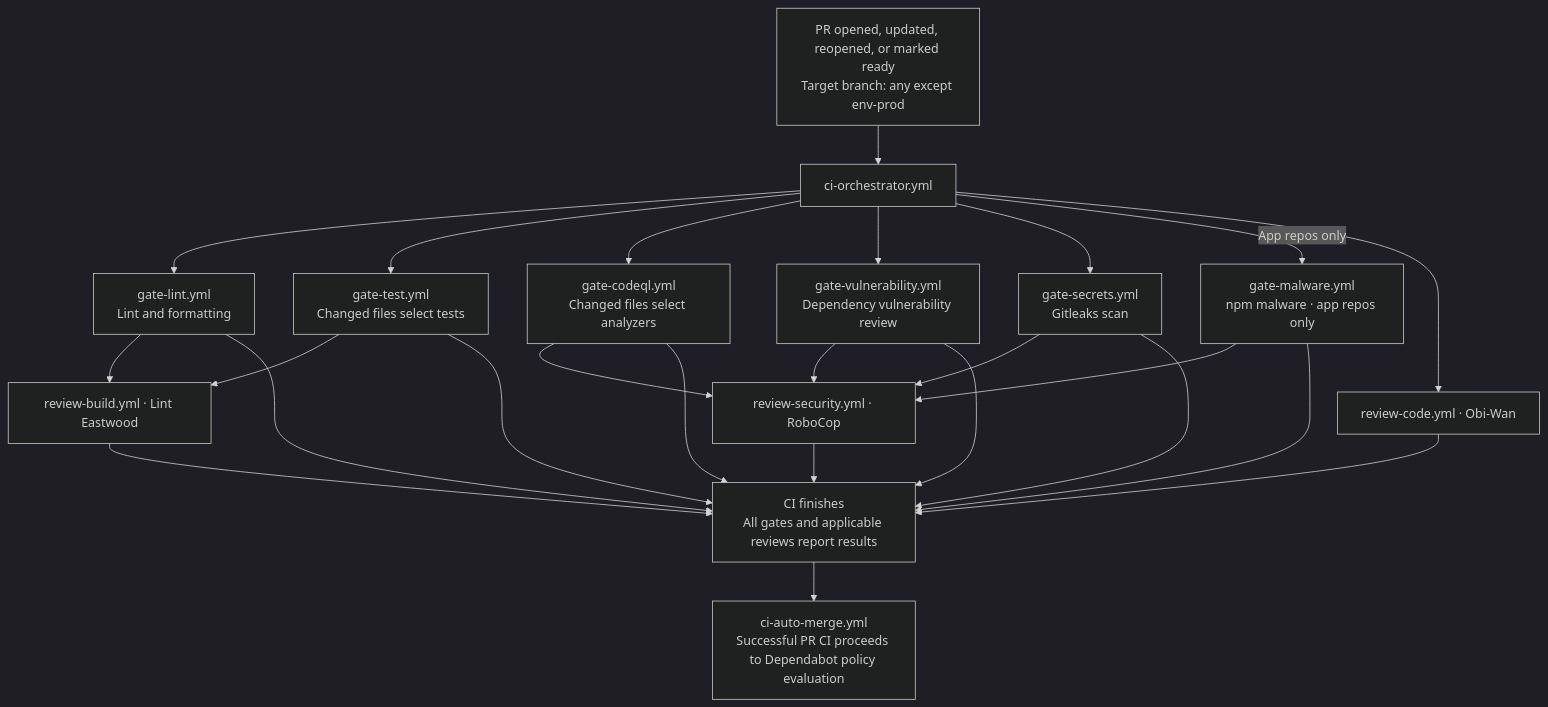
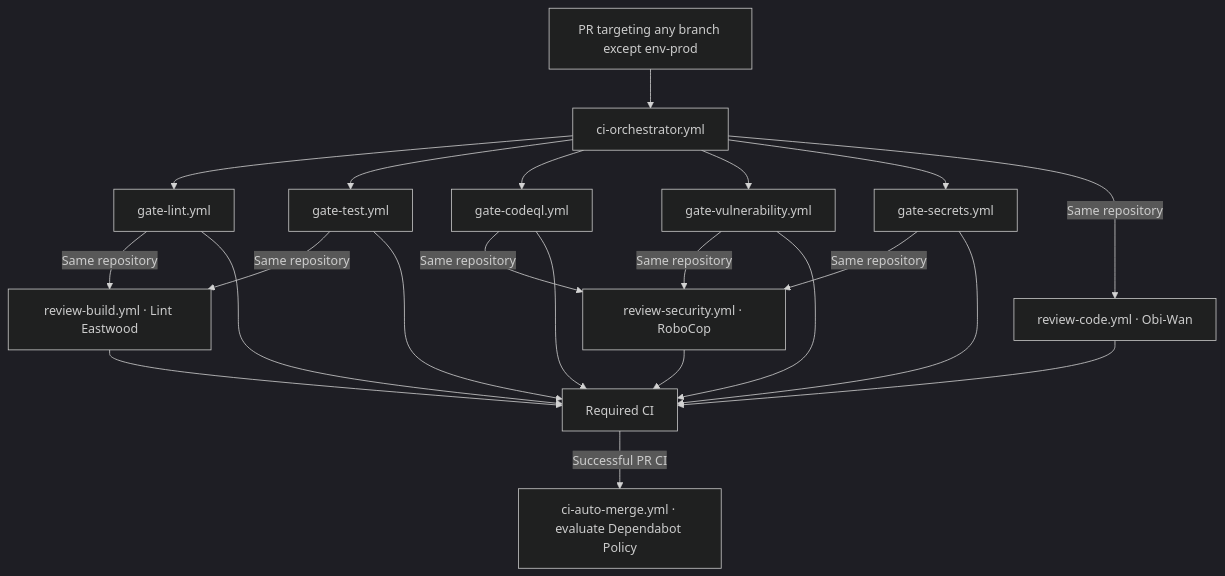
One commit to VanillaIceCube/JudeAndrewAlabaInfrastructure changed the first of 4 diagrams in .github/workflows/README.md. Above: the diagram before and after it, drawn with Mermaid (dark theme). The commit also changed other lines of this file and 108 other files, not shown here.

````diff
--- a/.github/workflows/README.md
+++ b/.github/workflows/README.md
@@ -461,26 +49,15 @@
 ```mermaid
 flowchart TD
-    PR["PR opened, updated, reopened, or marked ready<br/>Target branch: any except env-prod"]
-    CI["ci-orchestrator.yml"]
-    L["gate-lint.yml<br/>Lint and formatting"]
-    T["gate-test.yml<br/>Changed files select tests"]
-    Q["gate-codeql.yml<br/>Changed files select analyzers"]
-    V["gate-vulnerability.yml<br/>Dependency vulnerability review"]
-    M["gate-malware.yml<br/>npm malware · app repos only"]
-    S["gate-secrets.yml<br/>Gitleaks scan"]
-    RC["review-code.yml · Obi-Wan"]
-    RB["review-build.yml · Lint Eastwood"]
-    RS["review-security.yml · RoboCop"]
-    DONE["CI finishes<br/>All gates and applicable reviews report results"]
-    AUTO["ci-auto-merge.yml<br/>Successful PR CI proceeds to Dependabot policy evaluation"]
-    PR --> CI
-    CI --> L & T & Q & V & S
-    CI -->|"App repos only"| M
-    CI --> RC
-    L & T --> RB
-    Q & V & S --> RS
-    M --> RS
-    L & T & Q & V & M & S --> DONE
+    PR["PR targeting any branch except env-prod"] --> CI["ci-orchestrator.yml"]
+    CI --> L["gate-lint.yml"]
+    CI --> T["gate-test.yml"]
+    CI --> Q["gate-codeql.yml"]
+    CI --> V["gate-vulnerability.yml"]
+    CI --> S["gate-secrets.yml"]
+    CI -->|"Same repository"| RC["review-code.yml · Obi-Wan"]
+    L & T -->|"Same repository"| RB["review-build.yml · Lint Eastwood"]
+    Q & V & S -->|"Same repository"| RS["review-security.yml · RoboCop"]
+    L & T & Q & V & S --> DONE["Required CI"]
     RC & RB & RS --> DONE
-    DONE --> AUTO
+    DONE -->|"Successful PR CI"| AUTO["ci-auto-merge.yml · evaluate Dependabot Policy"]
 ```
````
